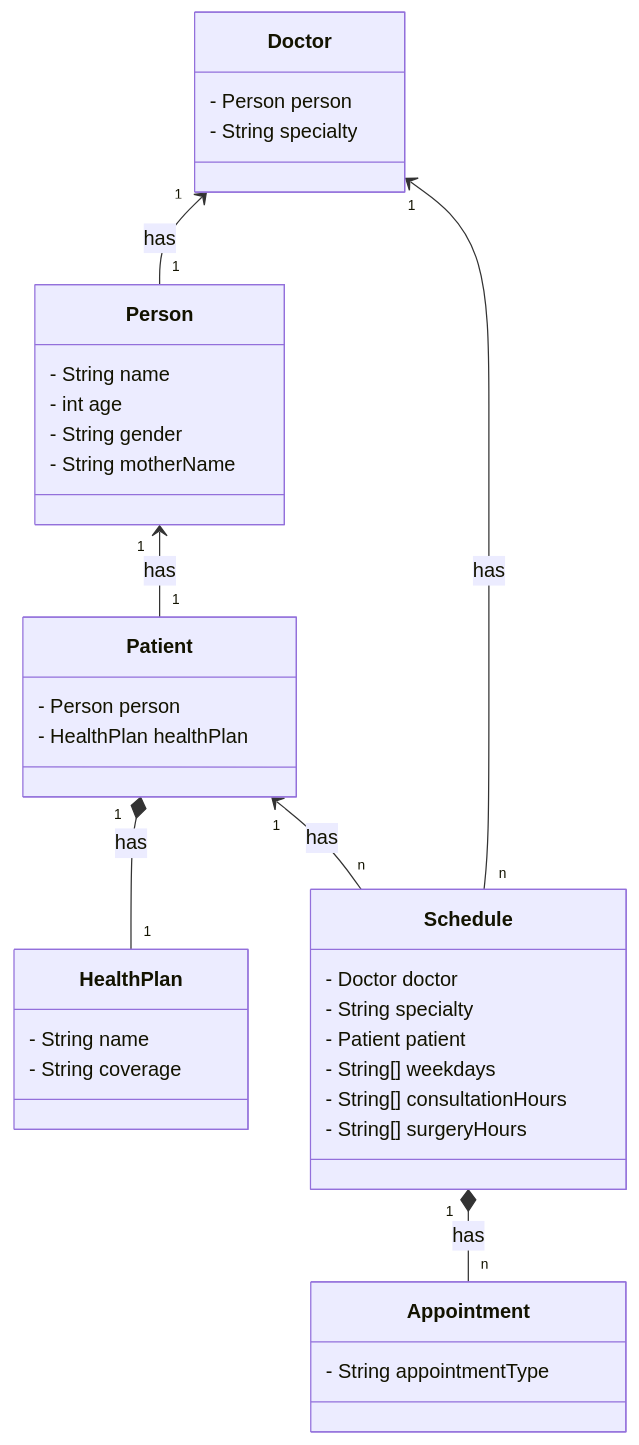
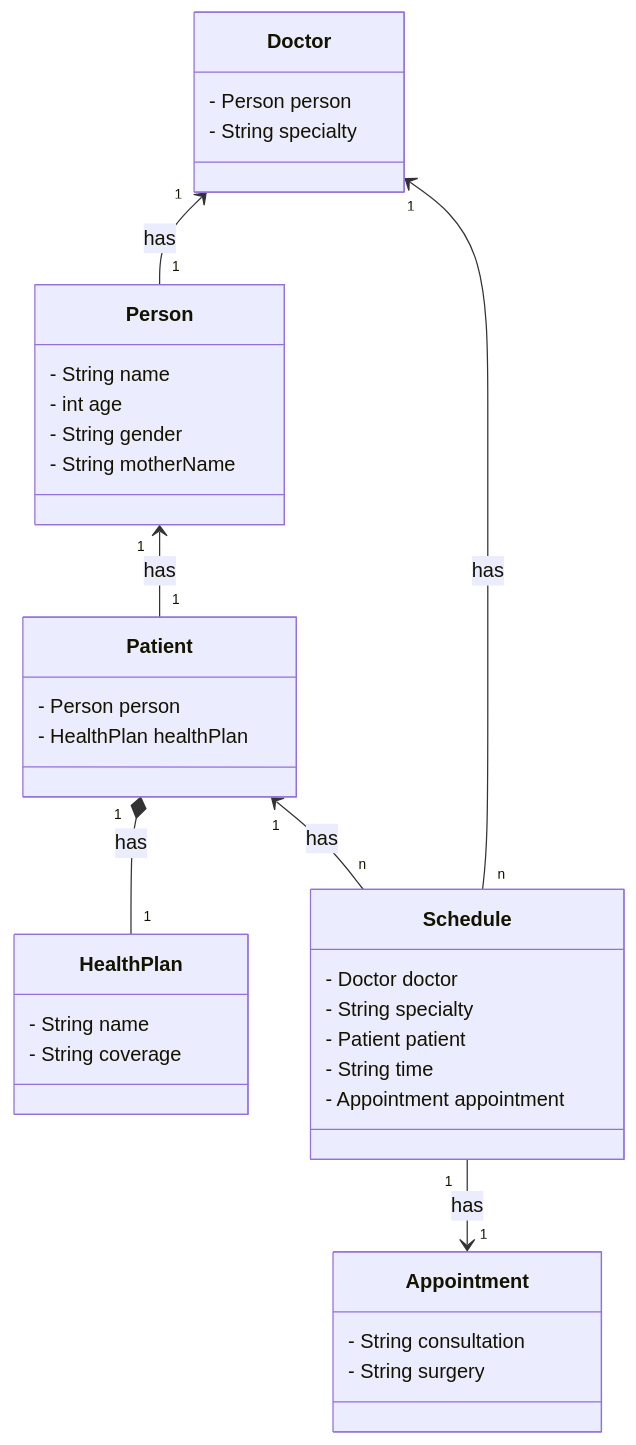
Before and after one commit to PedroCaput/clinica-medica: the diagram in README.md, drawn with Mermaid.

````diff
--- a/README.md
+++ b/README.md
@@ -5,44 +5,45 @@
 ```mermaid
 classDiagram
     class Person {
         - String name
         - int age
         - String gender
         - String motherName
     }
     
     class Patient {
         - Person person
         - HealthPlan healthPlan
     }
     
     class HealthPlan {
         - String name
         - String coverage
     }
     
     class Doctor {
         - Person person
         - String specialty
     }
     
     class Appointment {
-        - String appointmentType
+        - String consultation
+        - String surgery
     }
     
     class Schedule {
         - Doctor doctor
         - String specialty
         - Patient patient
-        - String[] weekdays
-        - String[] consultationHours
-        - String[] surgeryHours
+        - String time
+        - Appointment appointment
     }
     
     Person "1" <-- "1" Patient : has
     Patient "1" *-- "1" HealthPlan : has
     Doctor "1" <-- "1" Person : has
     Doctor "1" <-- "n" Schedule : has
     Patient "1" <-- "n" Schedule : has
-    Schedule "1" *-- "n" Appointment : has
+    Schedule "1" --> "1" Appointment : has
+
 ```
````
